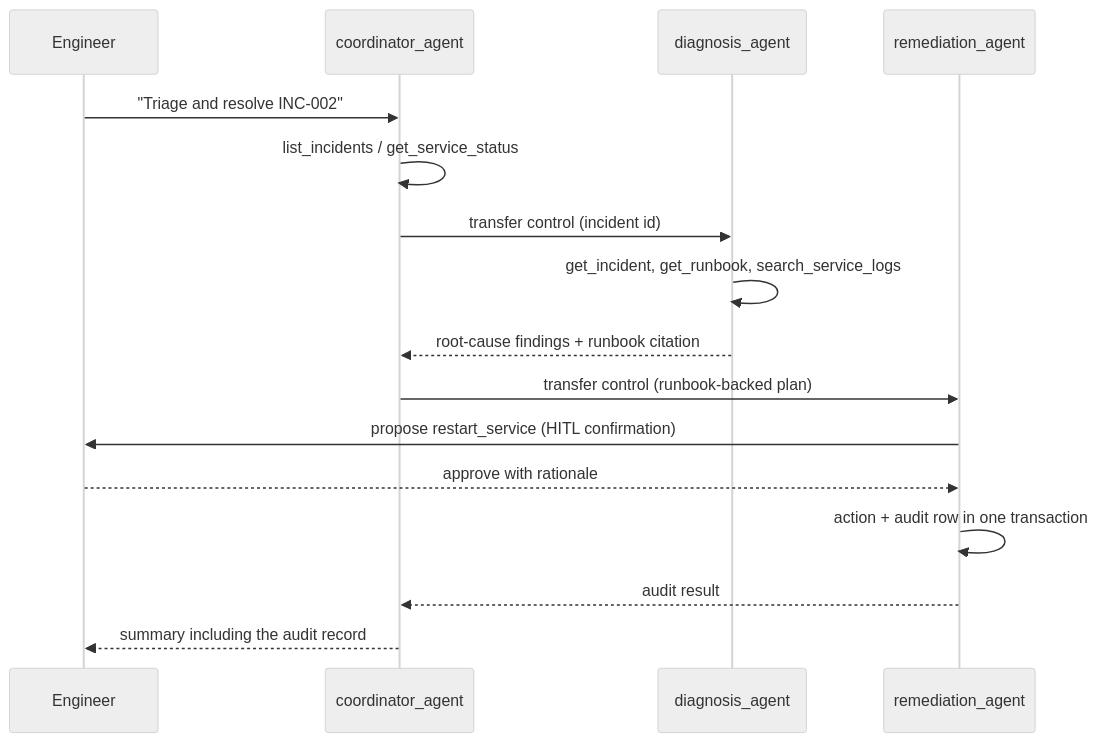
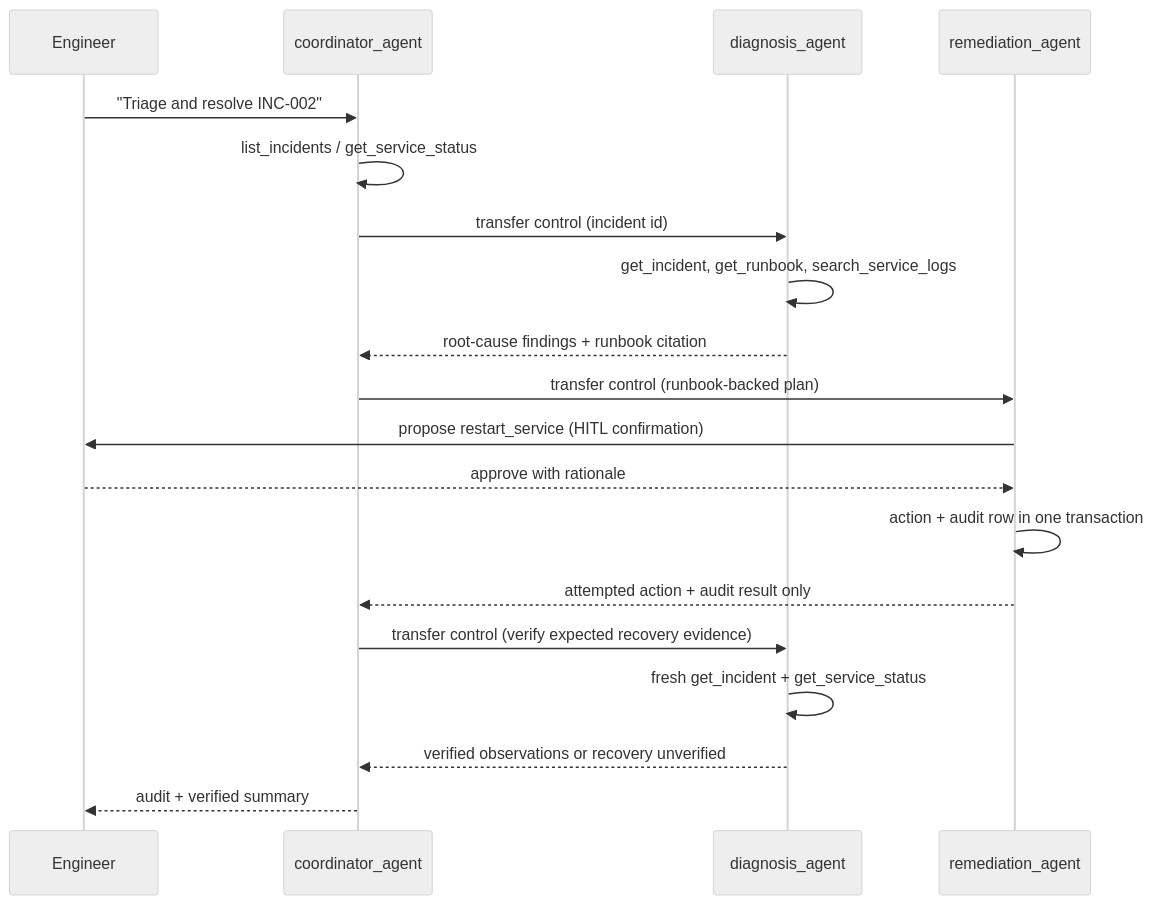
One commit to LuiGGi629/agentops-open-course changed the second of 2 diagrams in docs/3. Capabilities/3.7. Multi-Agent.md. Above: the diagram before and after it, drawn with Mermaid (neutral theme). The commit also changed other lines of this file and 121 other files, not shown here.

````diff
--- a/docs/3. Capabilities/3.7. Multi-Agent.md
+++ b/docs/3. Capabilities/3.7. Multi-Agent.md
@@ -95,18 +100,21 @@
 ```mermaid
 sequenceDiagram
     participant Eng as Engineer
     participant Co as coordinator_agent
     participant Di as diagnosis_agent
     participant Re as remediation_agent
     Eng->>Co: "Triage and resolve INC-002"
     Co->>Co: list_incidents / get_service_status
     Co->>Di: transfer control (incident id)
     Di->>Di: get_incident, get_runbook, search_service_logs
     Di-->>Co: root-cause findings + runbook citation
     Co->>Re: transfer control (runbook-backed plan)
     Re->>Eng: propose restart_service (HITL confirmation)
     Eng-->>Re: approve with rationale
     Re->>Re: action + audit row in one transaction
-    Re-->>Co: audit result
-    Co-->>Eng: summary including the audit record
+    Re-->>Co: attempted action + audit result only
+    Co->>Di: transfer control (verify expected recovery evidence)
+    Di->>Di: fresh get_incident + get_service_status
+    Di-->>Co: verified observations or recovery unverified
+    Co-->>Eng: audit + verified summary
 ```
````
